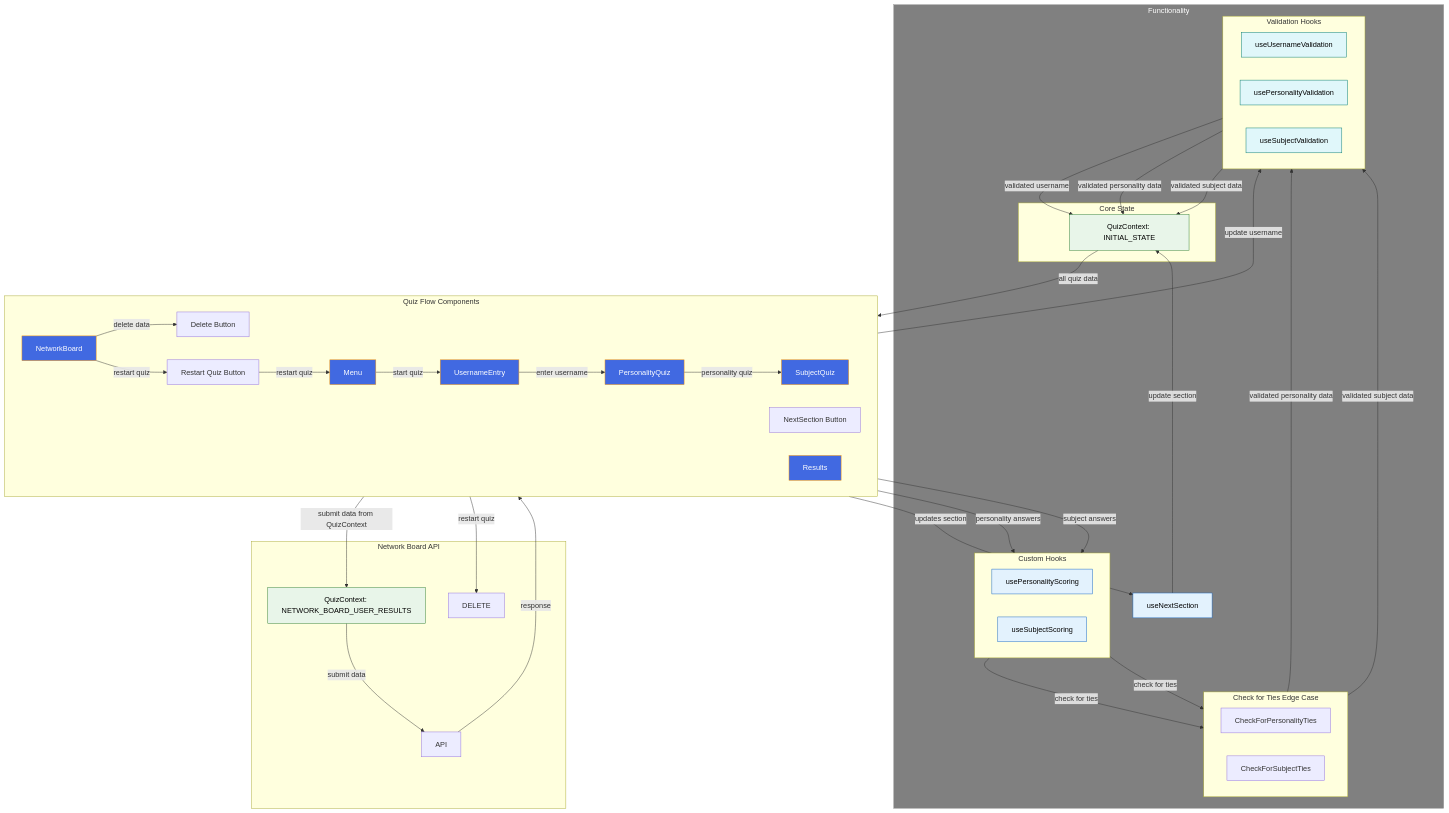
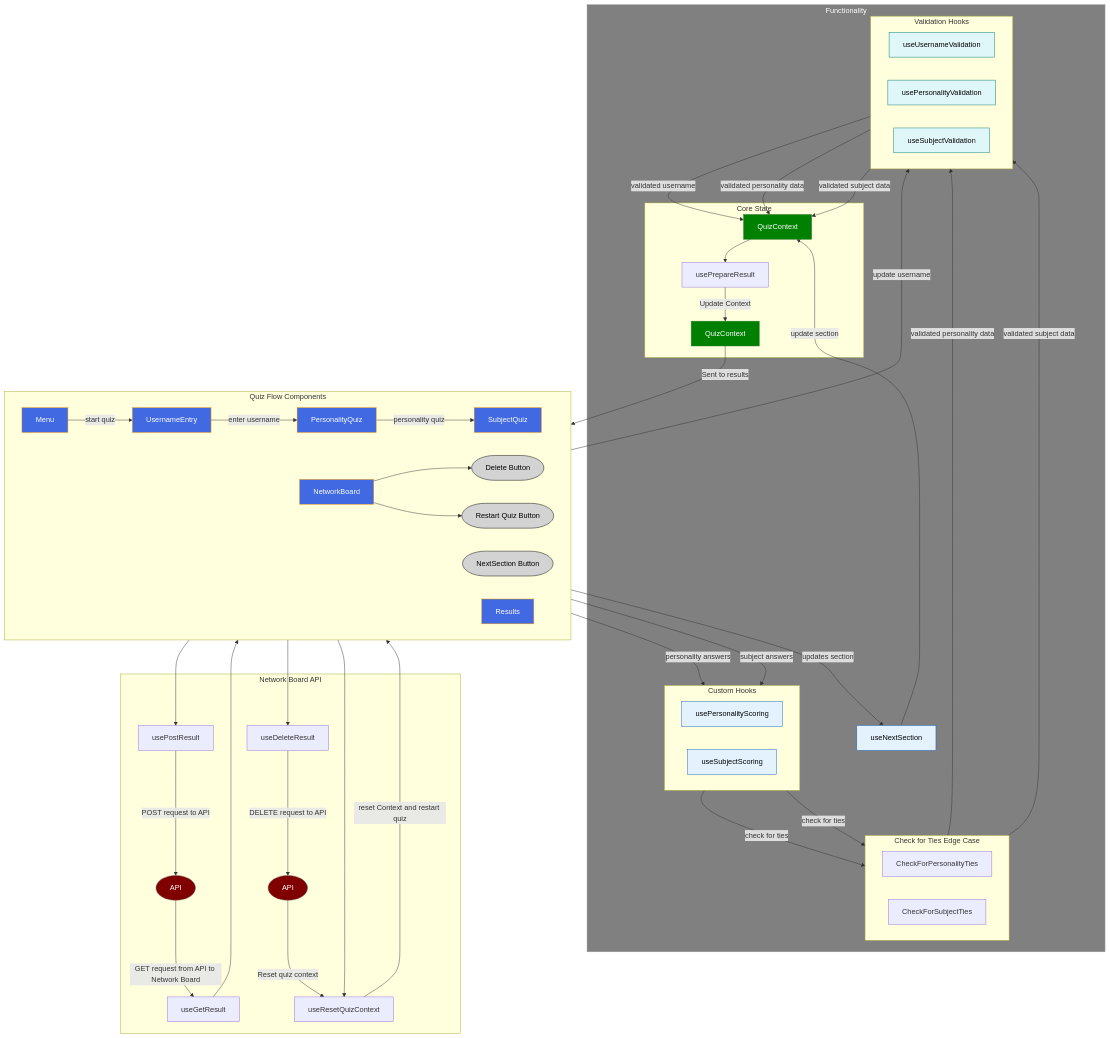
One commit to lmcrean/steam-report-mern changed the diagram in docs/diagrams/data_flow_architecture.md. Above: the diagram before and after it, drawn with Mermaid. The commit also changed 8 other files, not shown here.

First line of the commit message:
Refactor: Separate Concerns in Network Board Functionality

````diff
--- a/docs/diagrams/data_flow_architecture.md
+++ b/docs/diagrams/data_flow_architecture.md
@@ -10,18 +10,17 @@
            R[Results]
            NB[NetworkBoard]
            DB[Delete Button]
-           RE[Restart Quiz Button]
+           RQB[Restart Quiz Button]
        end
 
        subgraph Functionality ["Functionality"]
         subgraph CustomHooks ["Custom Hooks"]
             direction LR
-            
             PS[usePersonalityScoring]
             SS[useSubjectScoring]
         end
 
-        N[useNextSection]
+        
 
         subgraph CheckForTies ["Check for Ties Edge Case"]
             direction LR
@@ -37,15 +36,21 @@
         end
 
         subgraph CoreState ["Core State"]
-            QC[QuizContext: INITIAL_STATE]
+            QC[QuizContext]
+            UPR[usePrepareResult]
+            QC2[QuizContext]
         end
+
+        N[useNextSection]
     end
 
        subgraph NetworkBoardAPI ["Network Board API"]
-           NA[QuizContext: NETWORK_BOARD_USER_RESULTS]
-           A[API]
-
-           D[DELETE]
+           UPRA[usePostResult]
+           UGRA[useGetResult]
+           UDR[useDeleteResult]
+           URQC[useResetQuizContext]
+           API[API]
+           API2[API]
        end
 
        %% Menu to UsernameEntry
@@ -74,29 +79,38 @@
        N -->|"update section"| QC
 
        %% Context provides state back to Results
-       QC -->|"all quiz data"| R
+       QC --> UPR
+       UPR -->|"Update Context"| QC2
+       QC2 -->|"Sent to results"| R
 
        %% Results submits data to Network Board API
-       R -->|"submit data from QuizContext"| NA
-       NA -->|"submit data"| A
-       A -->|"response"| NB
-       NB -->|"delete data"| DB
-       DB -->|"restart quiz"| D
-       NB -->|"restart quiz"| RE
-       RE -->|"restart quiz"| M
+       R --> UPRA
+       UPRA -->|"POST request to API"| API
+       API -->|"GET request from API to Network Board"| UGRA
+       UGRA --> NB
+       NB --> DB
+       DB --> UDR
+       UDR -->|"DELETE request to API"| API2
+       API2 -->|"Reset quiz context"| URQC
+       URQC -->|"reset Context and restart quiz"| M
+       NB --> RQB
+       RQB --> URQC
 
 
        classDef flow fill:royalblue,stroke:#ff9800,color:white
        classDef hooks fill:#e3f2fd,stroke:#1565c0,color:#000
-       classDef core fill:#e8f5e9,stroke:#2e7d32,color:#000
+       classDef core fill:green,stroke:#2e7d32,color:white
        classDef results fill:#fff3e0,stroke:#ef6c00,color:#000
        classDef validation fill:#e0f7fa,stroke:#00796b,color:#000
        classDef functionality fill:grey,stroke:#9e9e9e,color:white
-
+       classDef api fill:maroon,stroke:#606060,color:white,rx:150px,ry:150px
+       classDef buttons fill:lightgrey,stroke:#000000,color:#000,rx:50px,ry:50px
        class M,U,P,S,R,NB flow
        class N,PS,SS hooks
        class PST,SST ties
        class NU,PV,SV validation
-       class QC,NA core
+       class QC,NA,QC2 core
        class Functionality functionality
+       class API,API2 api
+       class RQB,DB,NS buttons
 ```
````
